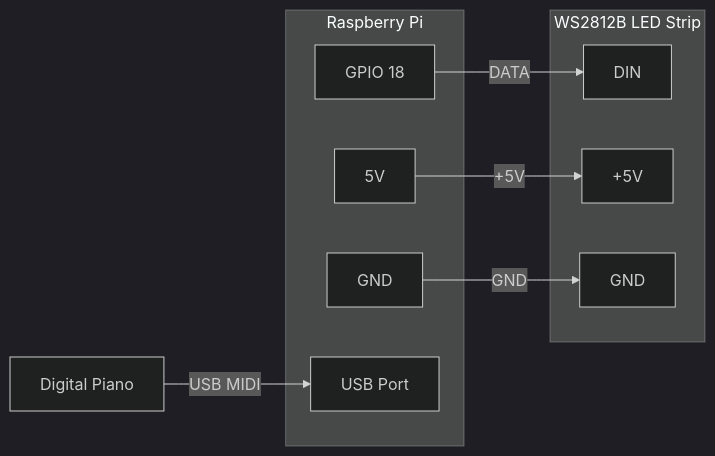
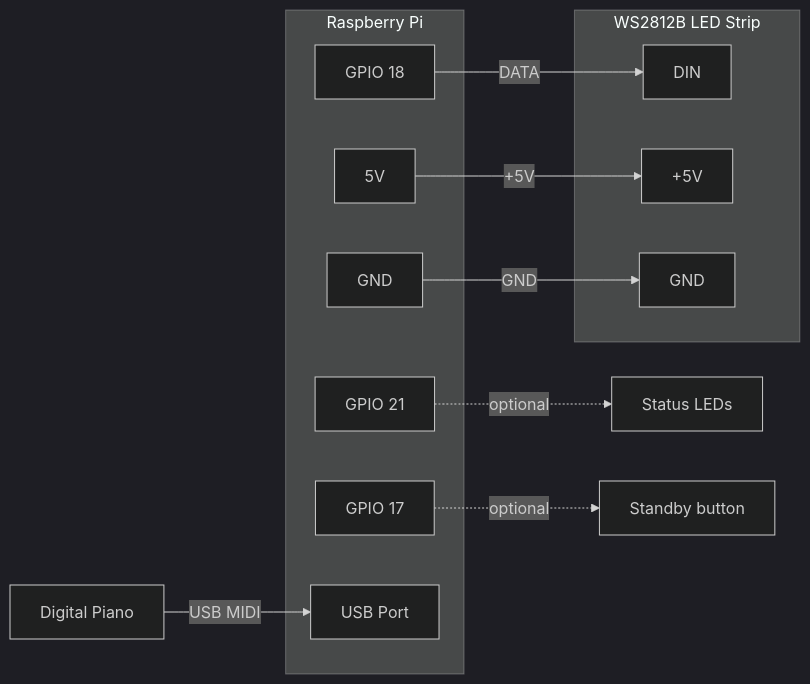
Before and after one commit to PabloCSScobar/ledsplay: the diagram in README.md, drawn with Mermaid (dark theme). The commit also changed other lines of this file and 17 other files, not shown here.

````diff
--- a/README.md
+++ b/README.md
@@ -175,20 +210,24 @@
 ```mermaid
 graph LR
     subgraph Raspberry Pi
         GPIO18[GPIO 18]
+        GPIO21[GPIO 21]
+        GPIO17[GPIO 17]
         V5[5V]
         GND[GND]
         USB[USB Port]
     end
 
     subgraph WS2812B LED Strip
         DIN[DIN]
         LED5V[+5V]
         LEDGND[GND]
     end
 
     Piano[Digital Piano] -->|USB MIDI| USB
     GPIO18 -->|DATA| DIN
     V5 -->|+5V| LED5V
     GND -->|GND| LEDGND
+    GPIO21 -. optional .-> StatusLEDs[Status LEDs]
+    GPIO17 -. optional .-> Button[Standby button]
 ```
````
